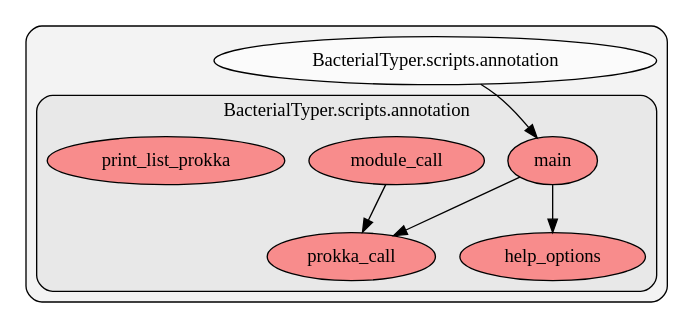
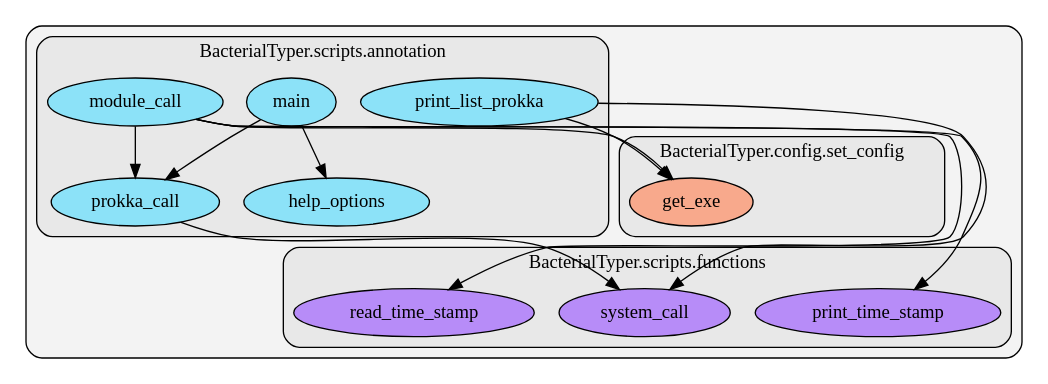
One commit to HCGB-IGTP/BacterialTyper changed the diagram in docs/source/images/python_graph/scripts/annotation.dot. Above: the diagram before and after it, drawn with Graphviz. The commit also changed 45 other files, not shown here.

Commit message:
update pyan graphs

```diff
--- a/docs/source/images/python_graph/scripts/annotation.dot
+++ b/docs/source/images/python_graph/scripts/annotation.dot
@@ -1,37 +1,257 @@
 digraph G {
-    graph [rankdir=TB, clusterrank="local"];
+    graph [spilines=ortho, rankdir=TB, clusterrank="local"];
     subgraph cluster_G {
 
         graph [style="filled,rounded",fillcolor="#80808018", label=""];
-        BacterialTyper__scripts__annotation [label="BacterialTyper.scripts.annotation", style="filled", fillcolor="#ffffffb2", fontcolor="#000000", group="0"];
-        subgraph cluster_BacterialTyper__scripts__annotation {
+        subgraph cluster_BacterialTyper__config__set_config {
 
-            graph [style="filled,rounded",fillcolor="#80808018", label="BacterialTyper.scripts.annotation"];
-            BacterialTyper__scripts__annotation__help_options [label="help_options", style="filled", fillcolor="#ff6565b2", fontcolor="#000000", group="0"];
+            graph [style="filled,rounded",fillcolor="#80808018", label="BacterialTyper.config.set_config"];
+        }
+        subgraph cluster_BacterialTyper__config__set_config {
+
+            graph [style="filled,rounded",fillcolor="#80808018", label="BacterialTyper.config.set_config"];
+        }
+        subgraph cluster_BacterialTyper__config__set_config {
+
+            graph [style="filled,rounded",fillcolor="#80808018", label="BacterialTyper.config.set_config"];
+        }
+        subgraph cluster_BacterialTyper__config__set_config {
+
+            graph [style="filled,rounded",fillcolor="#80808018", label="BacterialTyper.config.set_config"];
+        }
+        subgraph cluster_BacterialTyper__config__set_config {
+
+            graph [style="filled,rounded",fillcolor="#80808018", label="BacterialTyper.config.set_config"];
+        }
+        subgraph cluster_BacterialTyper__config__set_config {
+
+            graph [style="filled,rounded",fillcolor="#80808018", label="BacterialTyper.config.set_config"];
+        }
+        subgraph cluster_BacterialTyper__config__set_config {
+
+            graph [style="filled,rounded",fillcolor="#80808018", label="BacterialTyper.config.set_config"];
+        }
+        subgraph cluster_BacterialTyper__config__set_config {
+
+            graph [style="filled,rounded",fillcolor="#80808018", label="BacterialTyper.config.set_config"];
+        }
+        subgraph cluster_BacterialTyper__config__set_config {
+
+            graph [style="filled,rounded",fillcolor="#80808018", label="BacterialTyper.config.set_config"];
+            BacterialTyper__config__set_config__get_exe [label="get_exe", style="filled", fillcolor="#ff8e65b2", fontcolor="#000000", group="2"];
+        }
+        subgraph cluster_BacterialTyper__config__set_config {
+
+            graph [style="filled,rounded",fillcolor="#80808018", label="BacterialTyper.config.set_config"];
+        }
+        subgraph cluster_BacterialTyper__config__set_config {
+
+            graph [style="filled,rounded",fillcolor="#80808018", label="BacterialTyper.config.set_config"];
+        }
+        subgraph cluster_BacterialTyper__config__set_config {
+
+            graph [style="filled,rounded",fillcolor="#80808018", label="BacterialTyper.config.set_config"];
+        }
+        subgraph cluster_BacterialTyper__config__set_config {
+
+            graph [style="filled,rounded",fillcolor="#80808018", label="BacterialTyper.config.set_config"];
+        }
+        subgraph cluster_BacterialTyper__config__set_config {
+
+            graph [style="filled,rounded",fillcolor="#80808018", label="BacterialTyper.config.set_config"];
         }
         subgraph cluster_BacterialTyper__scripts__annotation {
 
             graph [style="filled,rounded",fillcolor="#80808018", label="BacterialTyper.scripts.annotation"];
-            BacterialTyper__scripts__annotation__main [label="main", style="filled", fillcolor="#ff6565b2", fontcolor="#000000", group="0"];
+            BacterialTyper__scripts__annotation__help_options [label="help_options", style="filled", fillcolor="#65e0ffb2", fontcolor="#000000", group="24"];
         }
         subgraph cluster_BacterialTyper__scripts__annotation {
 
             graph [style="filled,rounded",fillcolor="#80808018", label="BacterialTyper.scripts.annotation"];
-            BacterialTyper__scripts__annotation__module_call [label="module_call", style="filled", fillcolor="#ff6565b2", fontcolor="#000000", group="0"];
+            BacterialTyper__scripts__annotation__main [label="main", style="filled", fillcolor="#65e0ffb2", fontcolor="#000000", group="24"];
         }
         subgraph cluster_BacterialTyper__scripts__annotation {
 
             graph [style="filled,rounded",fillcolor="#80808018", label="BacterialTyper.scripts.annotation"];
-            BacterialTyper__scripts__annotation__print_list_prokka [label="print_list_prokka", style="filled", fillcolor="#ff6565b2", fontcolor="#000000", group="0"];
+            BacterialTyper__scripts__annotation__module_call [label="module_call", style="filled", fillcolor="#65e0ffb2", fontcolor="#000000", group="24"];
         }
         subgraph cluster_BacterialTyper__scripts__annotation {
 
             graph [style="filled,rounded",fillcolor="#80808018", label="BacterialTyper.scripts.annotation"];
-            BacterialTyper__scripts__annotation__prokka_call [label="prokka_call", style="filled", fillcolor="#ff6565b2", fontcolor="#000000", group="0"];
+            BacterialTyper__scripts__annotation__print_list_prokka [label="print_list_prokka", style="filled", fillcolor="#65e0ffb2", fontcolor="#000000", group="24"];
+        }
+        subgraph cluster_BacterialTyper__scripts__annotation {
+
+            graph [style="filled,rounded",fillcolor="#80808018", label="BacterialTyper.scripts.annotation"];
+            BacterialTyper__scripts__annotation__prokka_call [label="prokka_call", style="filled", fillcolor="#65e0ffb2", fontcolor="#000000", group="24"];
+        }
+        subgraph cluster_BacterialTyper__scripts__functions {
+
+            graph [style="filled,rounded",fillcolor="#80808018", label="BacterialTyper.scripts.functions"];
+        }
+        subgraph cluster_BacterialTyper__scripts__functions {
+
+            graph [style="filled,rounded",fillcolor="#80808018", label="BacterialTyper.scripts.functions"];
+        }
+        subgraph cluster_BacterialTyper__scripts__functions {
+
+            graph [style="filled,rounded",fillcolor="#80808018", label="BacterialTyper.scripts.functions"];
+        }
+        subgraph cluster_BacterialTyper__scripts__functions {
+
+            graph [style="filled,rounded",fillcolor="#80808018", label="BacterialTyper.scripts.functions"];
+        }
+        subgraph cluster_BacterialTyper__scripts__functions {
+
+            graph [style="filled,rounded",fillcolor="#80808018", label="BacterialTyper.scripts.functions"];
+        }
+        subgraph cluster_BacterialTyper__scripts__functions {
+
+            graph [style="filled,rounded",fillcolor="#80808018", label="BacterialTyper.scripts.functions"];
+        }
+        subgraph cluster_BacterialTyper__scripts__functions {
+
+            graph [style="filled,rounded",fillcolor="#80808018", label="BacterialTyper.scripts.functions"];
+        }
+        subgraph cluster_BacterialTyper__scripts__functions {
+
+            graph [style="filled,rounded",fillcolor="#80808018", label="BacterialTyper.scripts.functions"];
+        }
+        subgraph cluster_BacterialTyper__scripts__functions {
+
+            graph [style="filled,rounded",fillcolor="#80808018", label="BacterialTyper.scripts.functions"];
+        }
+        subgraph cluster_BacterialTyper__scripts__functions {
+
+            graph [style="filled,rounded",fillcolor="#80808018", label="BacterialTyper.scripts.functions"];
+        }
+        subgraph cluster_BacterialTyper__scripts__functions {
+
+            graph [style="filled,rounded",fillcolor="#80808018", label="BacterialTyper.scripts.functions"];
+        }
+        subgraph cluster_BacterialTyper__scripts__functions {
+
+            graph [style="filled,rounded",fillcolor="#80808018", label="BacterialTyper.scripts.functions"];
+        }
+        subgraph cluster_BacterialTyper__scripts__functions {
+
+            graph [style="filled,rounded",fillcolor="#80808018", label="BacterialTyper.scripts.functions"];
+        }
+        subgraph cluster_BacterialTyper__scripts__functions {
+
+            graph [style="filled,rounded",fillcolor="#80808018", label="BacterialTyper.scripts.functions"];
+        }
+        subgraph cluster_BacterialTyper__scripts__functions {
+
+            graph [style="filled,rounded",fillcolor="#80808018", label="BacterialTyper.scripts.functions"];
+        }
+        subgraph cluster_BacterialTyper__scripts__functions {
+
+            graph [style="filled,rounded",fillcolor="#80808018", label="BacterialTyper.scripts.functions"];
+        }
+        subgraph cluster_BacterialTyper__scripts__functions {
+
+            graph [style="filled,rounded",fillcolor="#80808018", label="BacterialTyper.scripts.functions"];
+        }
+        subgraph cluster_BacterialTyper__scripts__functions {
+
+            graph [style="filled,rounded",fillcolor="#80808018", label="BacterialTyper.scripts.functions"];
+        }
+        subgraph cluster_BacterialTyper__scripts__functions {
+
+            graph [style="filled,rounded",fillcolor="#80808018", label="BacterialTyper.scripts.functions"];
+        }
+        subgraph cluster_BacterialTyper__scripts__functions {
+
+            graph [style="filled,rounded",fillcolor="#80808018", label="BacterialTyper.scripts.functions"];
+        }
+        subgraph cluster_BacterialTyper__scripts__functions {
+
+            graph [style="filled,rounded",fillcolor="#80808018", label="BacterialTyper.scripts.functions"];
+        }
+        subgraph cluster_BacterialTyper__scripts__functions {
+
+            graph [style="filled,rounded",fillcolor="#80808018", label="BacterialTyper.scripts.functions"];
+        }
+        subgraph cluster_BacterialTyper__scripts__functions {
+
+            graph [style="filled,rounded",fillcolor="#80808018", label="BacterialTyper.scripts.functions"];
+        }
+        subgraph cluster_BacterialTyper__scripts__functions {
+
+            graph [style="filled,rounded",fillcolor="#80808018", label="BacterialTyper.scripts.functions"];
+        }
+        subgraph cluster_BacterialTyper__scripts__functions {
+
+            graph [style="filled,rounded",fillcolor="#80808018", label="BacterialTyper.scripts.functions"];
+        }
+        subgraph cluster_BacterialTyper__scripts__functions {
+
+            graph [style="filled,rounded",fillcolor="#80808018", label="BacterialTyper.scripts.functions"];
+        }
+        subgraph cluster_BacterialTyper__scripts__functions {
+
+            graph [style="filled,rounded",fillcolor="#80808018", label="BacterialTyper.scripts.functions"];
+        }
+        subgraph cluster_BacterialTyper__scripts__functions {
+
+            graph [style="filled,rounded",fillcolor="#80808018", label="BacterialTyper.scripts.functions"];
+        }
+        subgraph cluster_BacterialTyper__scripts__functions {
+
+            graph [style="filled,rounded",fillcolor="#80808018", label="BacterialTyper.scripts.functions"];
+        }
+        subgraph cluster_BacterialTyper__scripts__functions {
+
+            graph [style="filled,rounded",fillcolor="#80808018", label="BacterialTyper.scripts.functions"];
+            BacterialTyper__scripts__functions__print_time_stamp [label="print_time_stamp", style="filled", fillcolor="#a365ffb2", fontcolor="#000000", group="33"];
+        }
+        subgraph cluster_BacterialTyper__scripts__functions {
+
+            graph [style="filled,rounded",fillcolor="#80808018", label="BacterialTyper.scripts.functions"];
+        }
+        subgraph cluster_BacterialTyper__scripts__functions {
+
+            graph [style="filled,rounded",fillcolor="#80808018", label="BacterialTyper.scripts.functions"];
+        }
+        subgraph cluster_BacterialTyper__scripts__functions {
+
+            graph [style="filled,rounded",fillcolor="#80808018", label="BacterialTyper.scripts.functions"];
+            BacterialTyper__scripts__functions__read_time_stamp [label="read_time_stamp", style="filled", fillcolor="#a365ffb2", fontcolor="#000000", group="33"];
+        }
+        subgraph cluster_BacterialTyper__scripts__functions {
+
+            graph [style="filled,rounded",fillcolor="#80808018", label="BacterialTyper.scripts.functions"];
+        }
+        subgraph cluster_BacterialTyper__scripts__functions {
+
+            graph [style="filled,rounded",fillcolor="#80808018", label="BacterialTyper.scripts.functions"];
+        }
+        subgraph cluster_BacterialTyper__scripts__functions {
+
+            graph [style="filled,rounded",fillcolor="#80808018", label="BacterialTyper.scripts.functions"];
+        }
+        subgraph cluster_BacterialTyper__scripts__functions {
+
+            graph [style="filled,rounded",fillcolor="#80808018", label="BacterialTyper.scripts.functions"];
+            BacterialTyper__scripts__functions__system_call [label="system_call", style="filled", fillcolor="#a365ffb2", fontcolor="#000000", group="33"];
+        }
+        subgraph cluster_BacterialTyper__scripts__functions {
+
+            graph [style="filled,rounded",fillcolor="#80808018", label="BacterialTyper.scripts.functions"];
+        }
+        subgraph cluster_BacterialTyper__scripts__functions {
+
+            graph [style="filled,rounded",fillcolor="#80808018", label="BacterialTyper.scripts.functions"];
         }
     }
-        BacterialTyper__scripts__annotation -> BacterialTyper__scripts__annotation__main [style="solid", color="#000000"];
+        BacterialTyper__scripts__annotation__print_list_prokka -> BacterialTyper__config__set_config__get_exe [style="solid", color="#000000"];
+        BacterialTyper__scripts__annotation__print_list_prokka -> BacterialTyper__scripts__functions__system_call [style="solid", color="#000000"];
+        BacterialTyper__scripts__annotation__module_call -> BacterialTyper__scripts__functions__read_time_stamp [style="solid", color="#000000"];
+        BacterialTyper__scripts__annotation__module_call -> BacterialTyper__scripts__functions__print_time_stamp [style="solid", color="#000000"];
         BacterialTyper__scripts__annotation__module_call -> BacterialTyper__scripts__annotation__prokka_call [style="solid", color="#000000"];
+        BacterialTyper__scripts__annotation__module_call -> BacterialTyper__config__set_config__get_exe [style="solid", color="#000000"];
+        BacterialTyper__scripts__annotation__prokka_call -> BacterialTyper__scripts__functions__system_call [style="solid", color="#000000"];
         BacterialTyper__scripts__annotation__main -> BacterialTyper__scripts__annotation__prokka_call [style="solid", color="#000000"];
         BacterialTyper__scripts__annotation__main -> BacterialTyper__scripts__annotation__help_options [style="solid", color="#000000"];
     }
```
